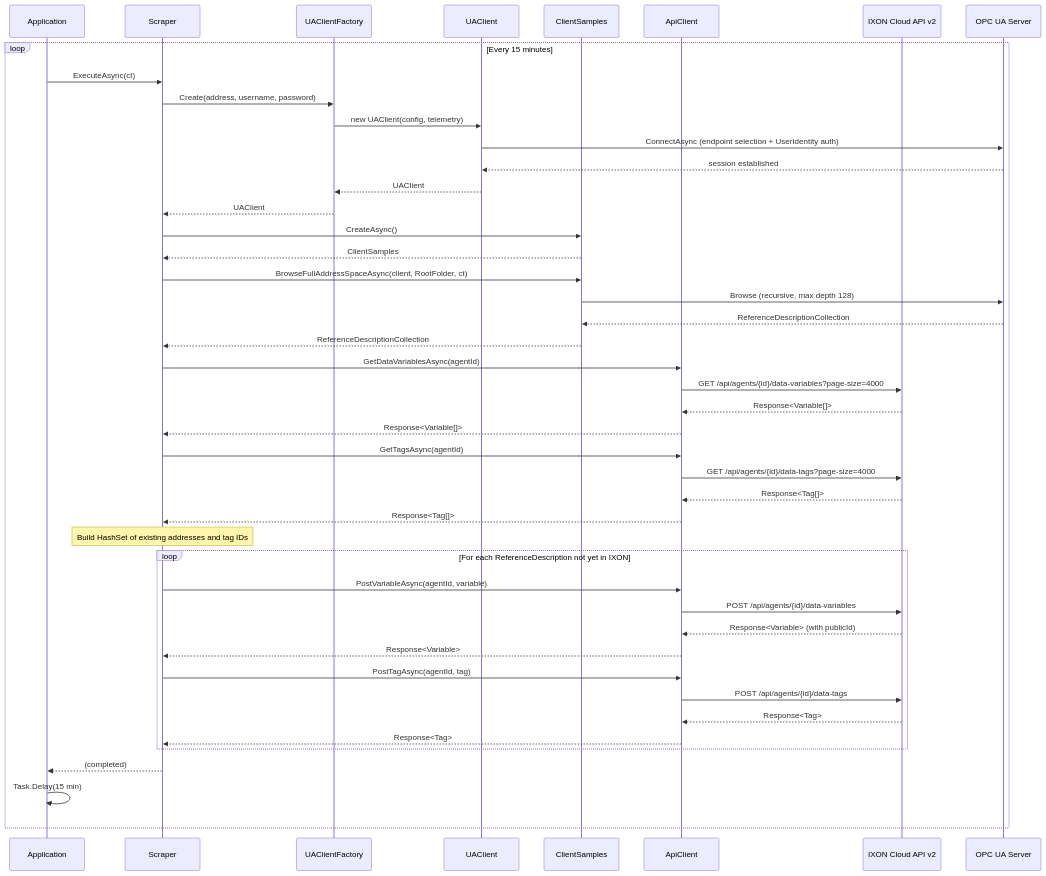
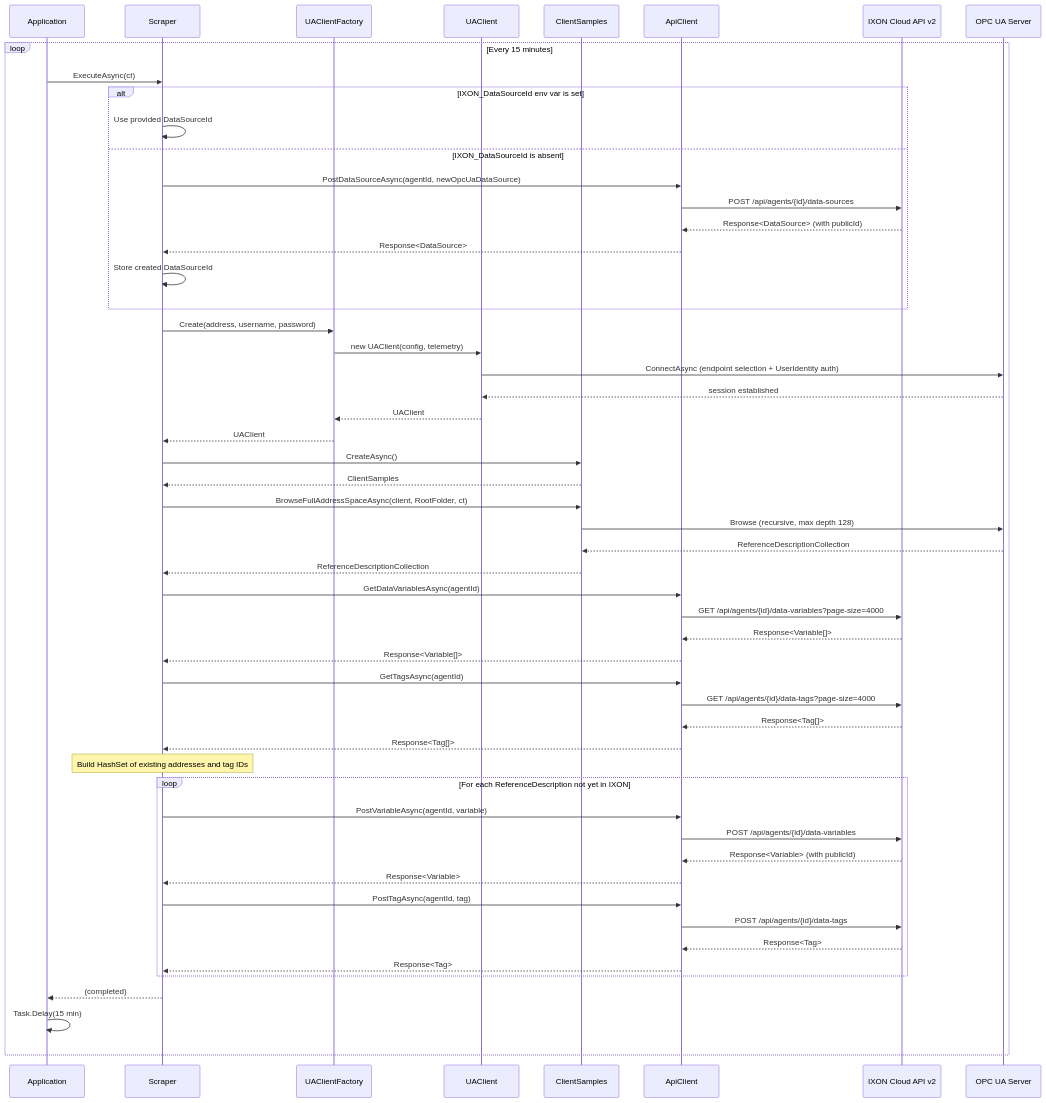
One commit to Rebel-it/rebel-ot-discover-edgeapp changed the first of 3 diagrams in docs/06_runtime_view.adoc. Above: the diagram before and after it, drawn with Mermaid. The commit also changed other lines of this file and 7 other files, not shown here.

Commit message:
Update documentation to reflect changes in data source handling: clarify prompt values in getting started guide, update IXON Source Public ID to Data Source ID, and adjust references throughout the documentation.

```diff
--- a/docs/06_runtime_view.adoc
+++ b/docs/06_runtime_view.adoc
@@ -10,58 +10,68 @@
 [mermaid]
 ....
 sequenceDiagram
     participant App as Application
     participant Sc as Scraper
     participant UF as UAClientFactory
     participant UA as UAClient
     participant CS as ClientSamples
     participant AC as ApiClient
     participant IXON as IXON Cloud API v2
     participant OPC as OPC UA Server
 
     loop Every 15 minutes
         App->>Sc: ExecuteAsync(ct)
+
+        alt IXON_DataSourceId env var is set
+            Sc->>Sc: Use provided DataSourceId
+        else IXON_DataSourceId is absent
+            Sc->>AC: PostDataSourceAsync(agentId, newOpcUaDataSource)
+            AC->>IXON: POST /api/agents/{id}/data-sources
+            IXON-->>AC: Response<DataSource> (with publicId)
+            AC-->>Sc: Response<DataSource>
+            Sc->>Sc: Store created DataSourceId
+        end
 
         Sc->>UF: Create(address, username, password)
         UF->>UA: new UAClient(config, telemetry)
         UA->>OPC: ConnectAsync (endpoint selection + UserIdentity auth)
         OPC-->>UA: session established
         UA-->>UF: UAClient
         UF-->>Sc: UAClient
 
         Sc->>CS: CreateAsync()
         CS-->>Sc: ClientSamples
 
         Sc->>CS: BrowseFullAddressSpaceAsync(client, RootFolder, ct)
         CS->>OPC: Browse (recursive, max depth 128)
         OPC-->>CS: ReferenceDescriptionCollection
         CS-->>Sc: ReferenceDescriptionCollection
 
         Sc->>AC: GetDataVariablesAsync(agentId)
         AC->>IXON: GET /api/agents/{id}/data-variables?page-size=4000
         IXON-->>AC: Response<Variable[]>
         AC-->>Sc: Response<Variable[]>
 
         Sc->>AC: GetTagsAsync(agentId)
         AC->>IXON: GET /api/agents/{id}/data-tags?page-size=4000
         IXON-->>AC: Response<Tag[]>
         AC-->>Sc: Response<Tag[]>
 
         Note over Sc: Build HashSet of existing addresses and tag IDs
 
         loop For each ReferenceDescription not yet in IXON
             Sc->>AC: PostVariableAsync(agentId, variable)
             AC->>IXON: POST /api/agents/{id}/data-variables
             IXON-->>AC: Response<Variable> (with publicId)
             AC-->>Sc: Response<Variable>
 
             Sc->>AC: PostTagAsync(agentId, tag)
             AC->>IXON: POST /api/agents/{id}/data-tags
             IXON-->>AC: Response<Tag>
             AC-->>Sc: Response<Tag>
         end
 
         Sc-->>App: (completed)
         App->>App: Task.Delay(15 min)
     end
 ....
```
